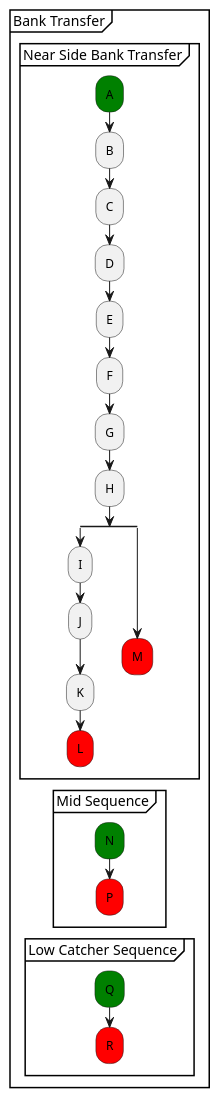
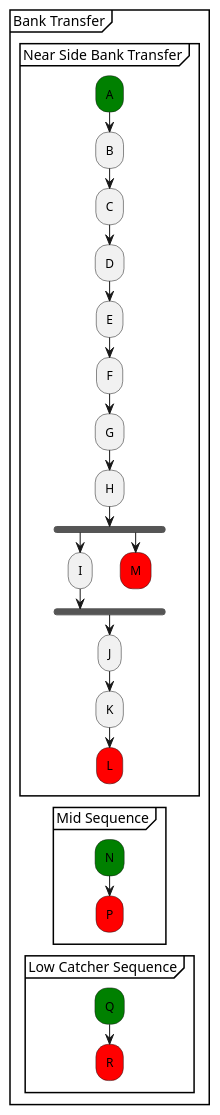
One commit to xtuml/munin changed the diagram in models/SequenceVerificationDataCentric/puml/Tutorial_2.puml. Above: the diagram before and after it, drawn with PlantUML. The commit also changed 21 other files, not shown here.

```diff
--- a/models/SequenceVerificationDataCentric/puml/Tutorial_2.puml
+++ b/models/SequenceVerificationDataCentric/puml/Tutorial_2.puml
@@ -7,33 +7,33 @@
 @startuml 
 partition "Bank Transfer" {
 group "Near Side Bank Transfer"
       #green:A;
       :B;
       :C;
       :D;
       :E;
       :F;
       :G;
       :H;
-  split
+  fork
       :I;
+  fork again
+      #red:M;
+      detach
+  end fork    
       :J;
       :K;
       #red:L;
       detach
-  split again
-      #red:M;
-      detach
-  end split    
 end group
 group "Mid Sequence"
       #green:N;
       #red:P;
       detach
 end group
 group "Low Catcher Sequence"
       #green:Q;
       #red:R;
 end group
 }      
 @enduml
```
